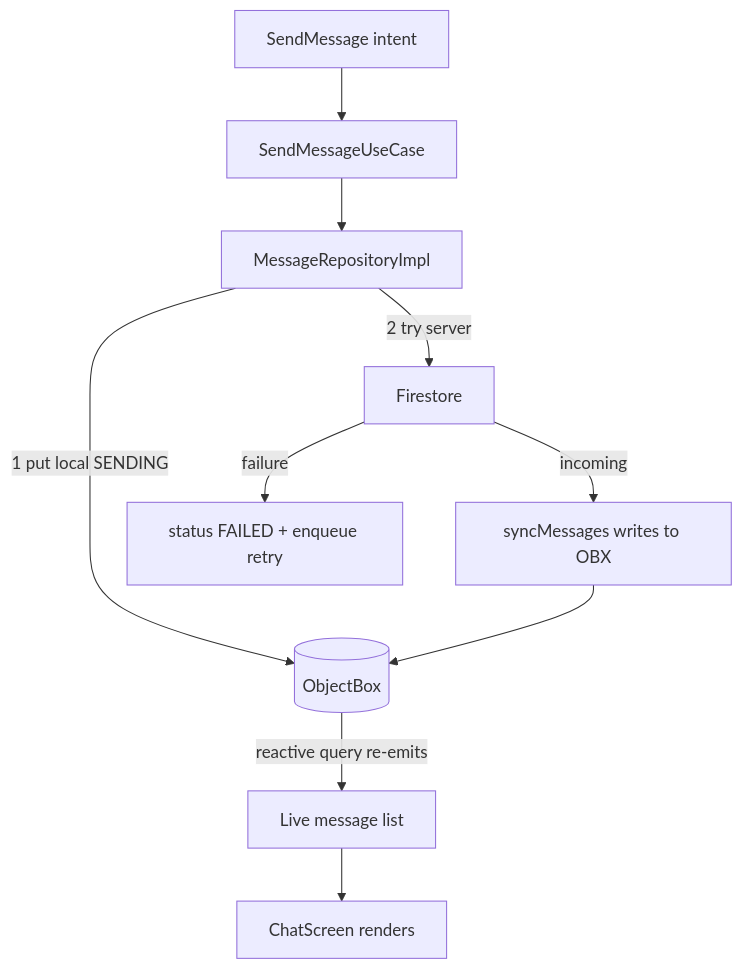
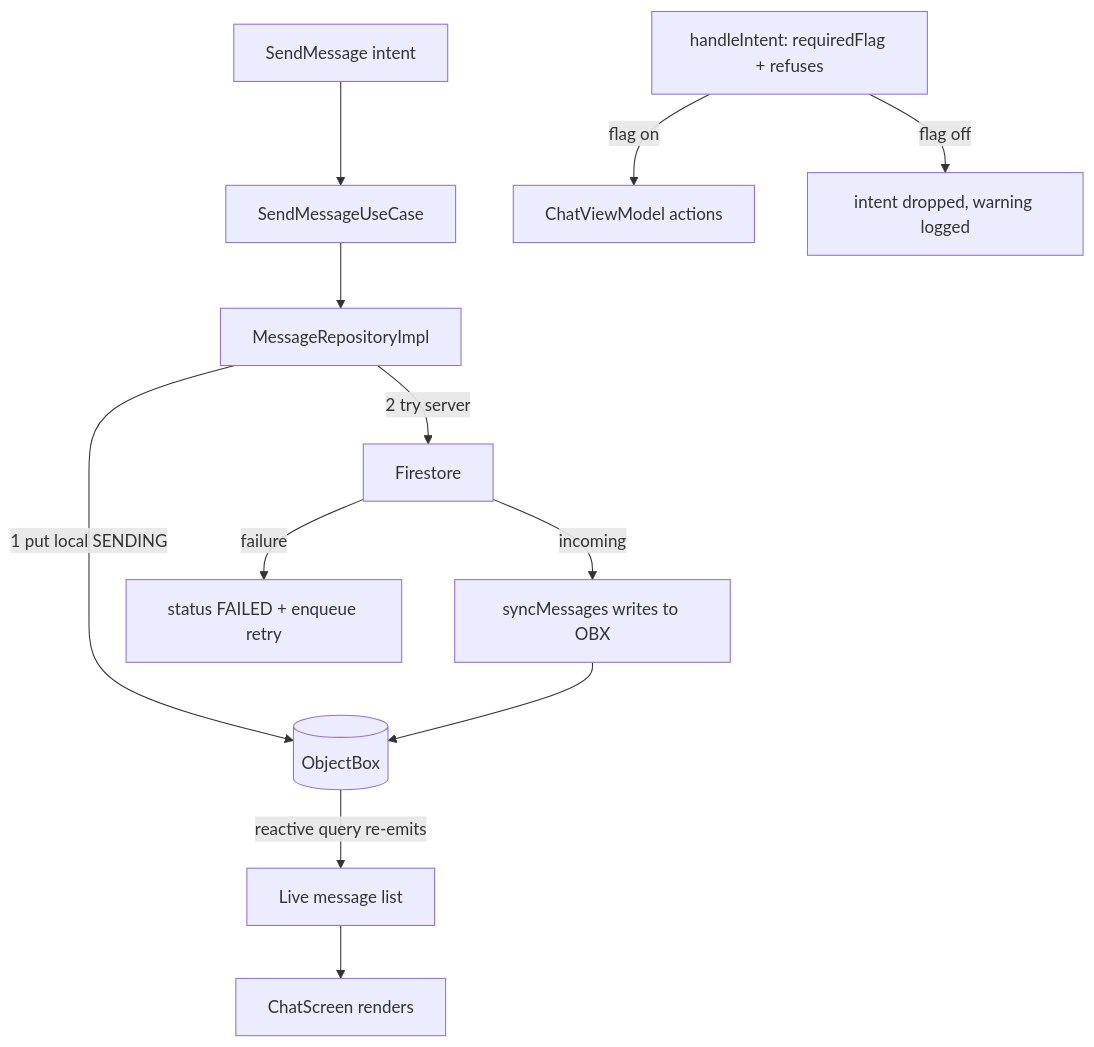
The diagram in 02 - Features/Chat and Messaging.md (DerekBurned/messenger-docs), drawn with Mermaid before and after one commit. The commit also changed other lines of this file and 88 other files, not shown here.

````diff
--- a/02 - Features/Chat and Messaging.md
+++ b/02 - Features/Chat and Messaging.md
@@ -174,12 +223,14 @@
 ```mermaid
 flowchart TD
     SEND[SendMessage intent] --> UC[SendMessageUseCase]
     UC --> REPO[MessageRepositoryImpl]
     REPO -->|1 put local SENDING| OBX[(ObjectBox)]
     OBX -->|reactive query re-emits| LIST[Live message list]
     LIST --> SCREEN[ChatScreen renders]
     REPO -->|2 try server| FS[Firestore]
     FS -->|failure| FAIL[status FAILED + enqueue retry]
     FS -->|incoming| SYNC[syncMessages writes to OBX]
     SYNC --> OBX
+    GATE[handleIntent: requiredFlag + refuses] -->|flag on| VM[ChatViewModel actions]
+    GATE -->|flag off| DROP[intent dropped, warning logged]
 ```
````
